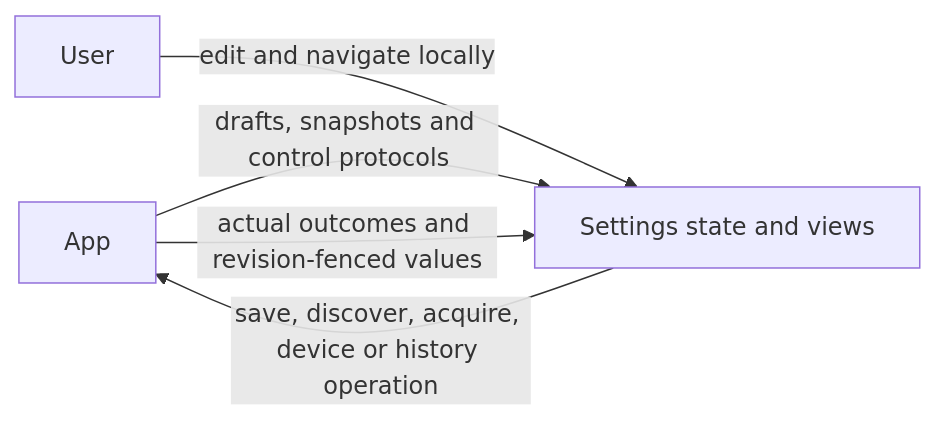
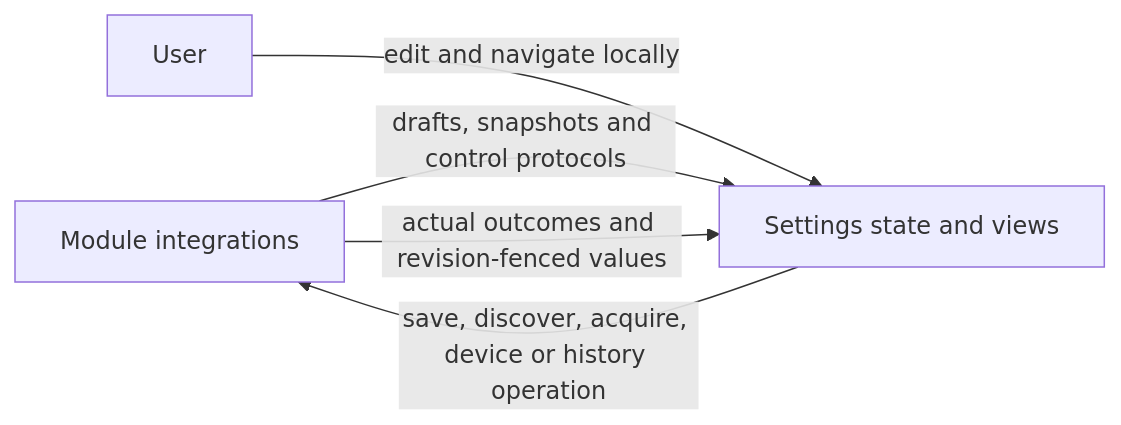
Before and after one commit to devilyouwei/MobileHarness: the diagram in MobileHarness/UI/Settings/README.md, drawn with Mermaid. The commit also changed other lines of this file and 254 other files, not shown here.

First line of the commit message:
refactor: isolate app composition and module bindings

````diff
--- a/MobileHarness/UI/Settings/README.md
+++ b/MobileHarness/UI/Settings/README.md
@@ -15,7 +15,8 @@
 ```mermaid
 flowchart LR
- App -->|drafts, snapshots and control protocols| Settings[Settings state and views]
+ Bindings[Module integrations]
+ Bindings -->|drafts, snapshots and control protocols| Settings[Settings state and views]
  User -->|edit and navigate locally| Settings
- Settings -->|save, discover, acquire, device or history operation| App
- App -->|actual outcomes and revision-fenced values| Settings
+ Settings -->|save, discover, acquire, device or history operation| Bindings
+ Bindings -->|actual outcomes and revision-fenced values| Settings
 ```
````
